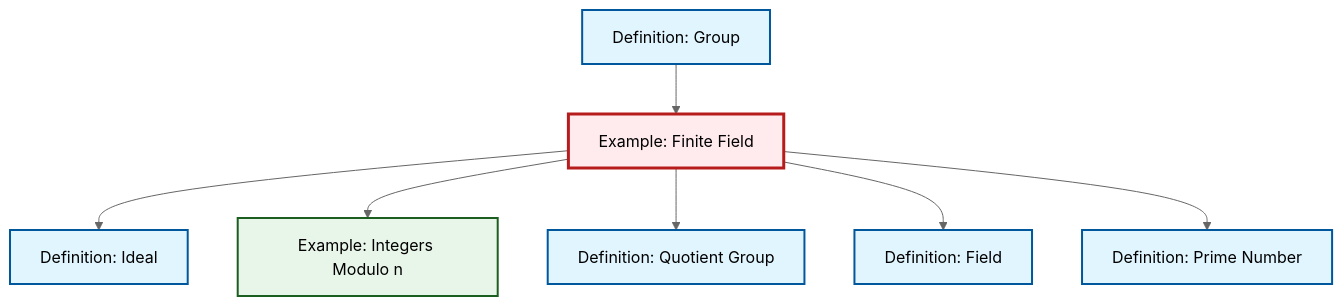
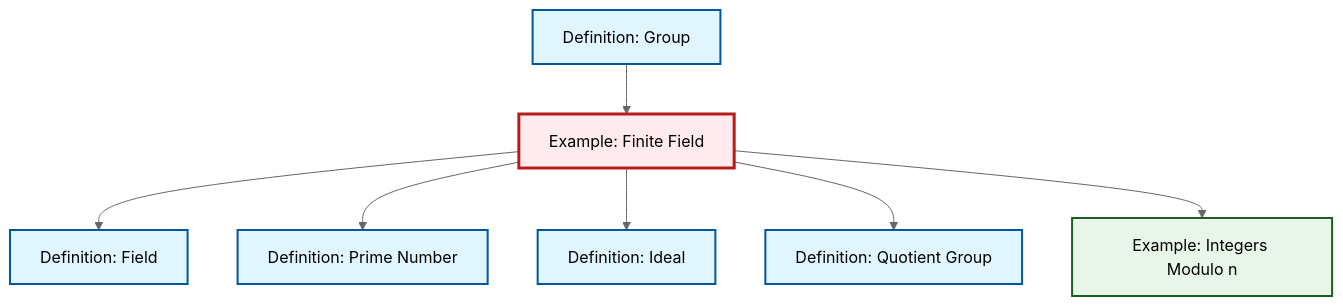
The diagram in content/en/algebra/ex-finite-field.qmd (RK0429/ModernMath), drawn with Mermaid (neutral theme) before and after one commit. The commit also changed other lines of this file and 581 other files, not shown here.

````diff
--- a/content/en/algebra/ex-finite-field.qmd
+++ b/content/en/algebra/ex-finite-field.qmd
@@ -65,29 +65,29 @@
 ```{mermaid}
 %%| fig-cap: "Local dependency graph"
 graph TD
     classDef definition fill:#e1f5fe,stroke:#01579b,stroke-width:2px
     classDef theorem fill:#f3e5f5,stroke:#4a148c,stroke-width:2px
     classDef axiom fill:#fff3e0,stroke:#e65100,stroke-width:2px
     classDef example fill:#e8f5e9,stroke:#1b5e20,stroke-width:2px
     classDef current fill:#ffebee,stroke:#b71c1c,stroke-width:3px
-    def-field["Definition: Field"]:::definition
+    ex-quotient-integers-mod-n["Example: Integers Modulo n"]:::example
+    ex-finite-field["Example: Finite Field"]:::example
     def-prime["Definition: Prime Number"]:::definition
     def-quotient-group["Definition: Quotient Group"]:::definition
-    ex-finite-field["Example: Finite Field"]:::example
     def-ideal["Definition: Ideal"]:::definition
-    ex-quotient-integers-mod-n["Example: Integers Modulo n"]:::example
     def-group["Definition: Group"]:::definition
-    ex-finite-field --> def-ideal
-    ex-finite-field --> ex-quotient-integers-mod-n
-    ex-finite-field --> def-quotient-group
+    def-field["Definition: Field"]:::definition
     ex-finite-field --> def-field
     ex-finite-field --> def-prime
+    ex-finite-field --> def-ideal
+    ex-finite-field --> def-quotient-group
+    ex-finite-field --> ex-quotient-integers-mod-n
     def-group --> ex-finite-field
     class ex-finite-field current
-    click def-field "def-field.html" "Go to Field definition"
+    click ex-quotient-integers-mod-n "ex-quotient-integers-mod-n.html" "Go to Integers Modulo n example"
     click def-prime "def-prime.html" "Go to Prime Number definition"
     click def-quotient-group "def-quotient-group.html" "Go to Quotient Group definition"
     click def-ideal "def-ideal.html" "Go to Ideal definition"
-    click ex-quotient-integers-mod-n "ex-quotient-integers-mod-n.html" "Go to Integers Modulo n example"
     click def-group "def-group.html" "Go to Group definition"
+    click def-field "def-field.html" "Go to Field definition"
 ```
````
